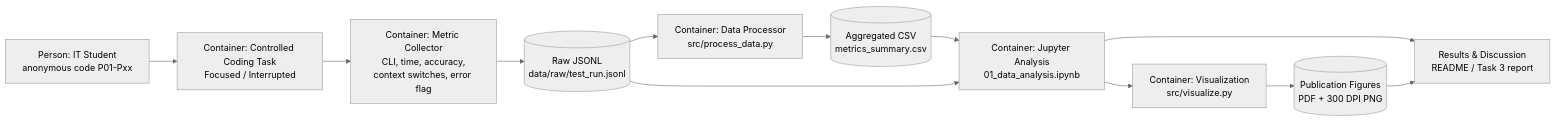
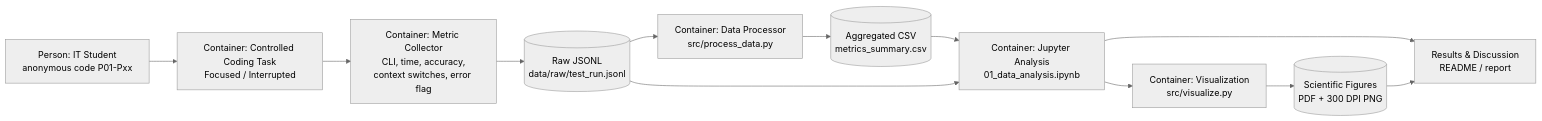
One commit to beka5995/procrastination-it-students changed the diagram in docs/domain_model.md. Above: the diagram before and after it, drawn with Mermaid (neutral theme). The commit also changed other lines of this file, not shown here.

````diff
--- a/docs/domain_model.md
+++ b/docs/domain_model.md
@@ -9,25 +8,25 @@
 ```mermaid
 flowchart LR
     P[Person: IT Student<br/>anonymous code P01-Pxx]
     T[Container: Controlled Coding Task<br/>Focused / Interrupted]
     M[Container: Metric Collector<br/>CLI, time, accuracy,<br/>context switches, error flag]
     R[(Raw JSONL<br/>data/raw/test_run.jsonl)]
     D[Container: Data Processor<br/>src/process_data.py]
     S[(Aggregated CSV<br/>metrics_summary.csv)]
     N[Container: Jupyter Analysis<br/>01_data_analysis.ipynb]
     V[Container: Visualization<br/>src/visualize.py]
-    F[(Publication Figures<br/>PDF + 300 DPI PNG)]
-    O[Results & Discussion<br/>README / Task 3 report]
+    F[(Scientific Figures<br/>PDF + 300 DPI PNG)]
+    O[Results & Discussion<br/>README / report]
 
     P --> T
     T --> M
     M --> R
     R --> D
     D --> S
     S --> N
     R --> N
     N --> V
     V --> F
     N --> O
     F --> O
 ```
````
